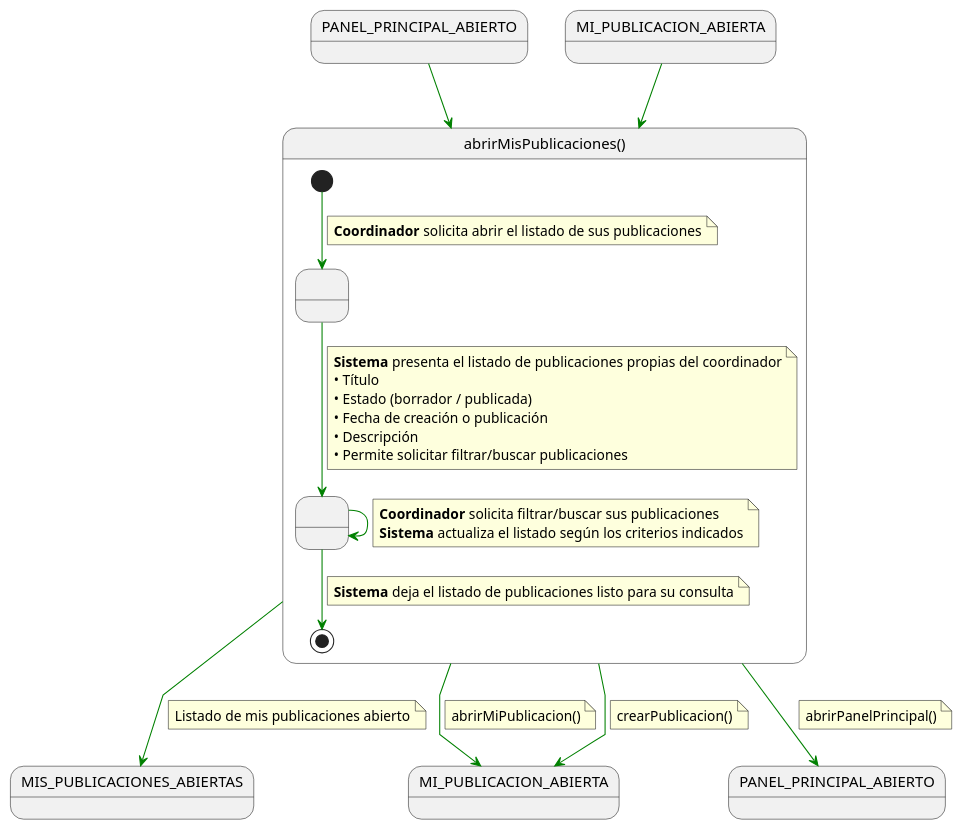
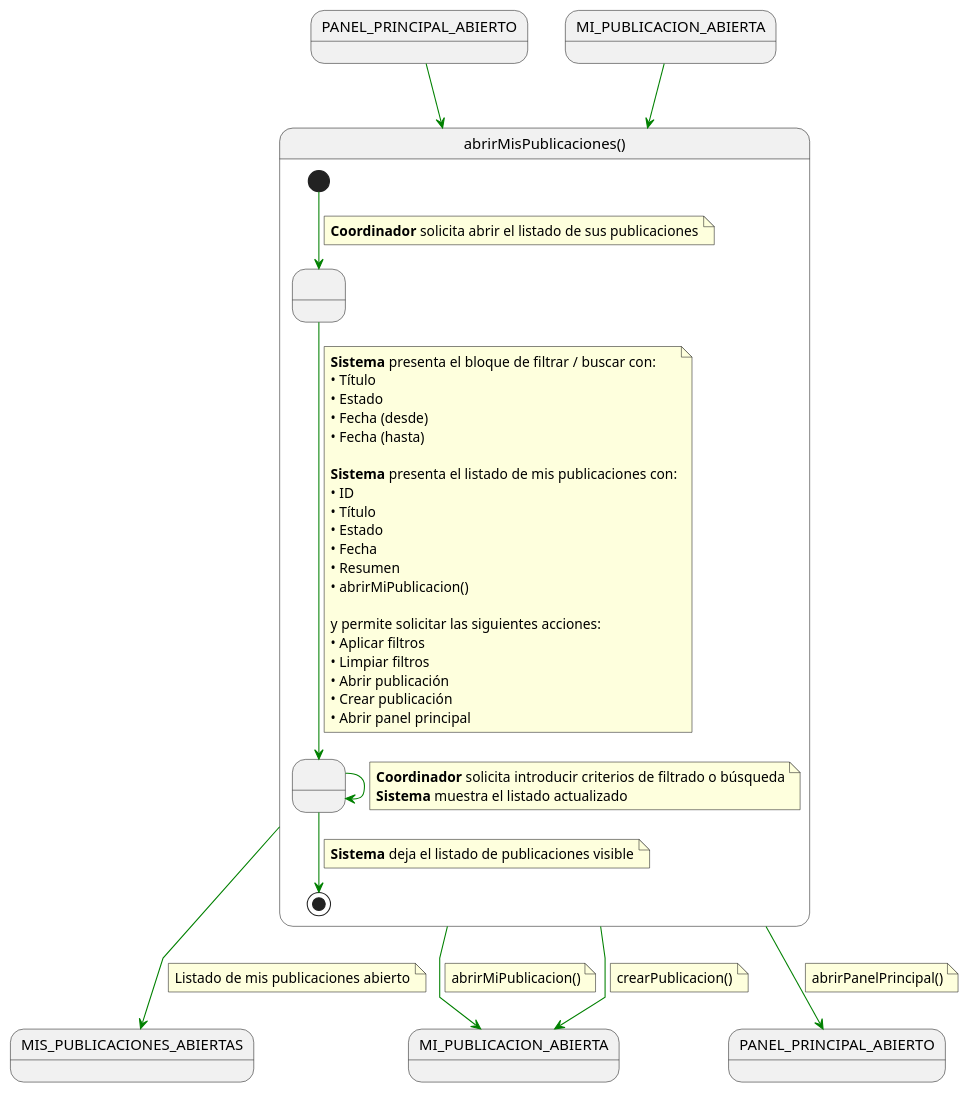
One commit to 31Diego/25-26-IdSw1-SdR changed the diagram in documents/casosDeUso/detalle/coordinador/08-mis-publicaciones/abrirMisPublicaciones/abrirMisPublicaciones.puml. Above: the diagram before and after it, drawn with PlantUML. The commit also changed 13 other files, not shown here.

Commit message:
Agrego las acciones del sistema detallados

```diff
--- a/documents/casosDeUso/detalle/coordinador/08-mis-publicaciones/abrirMisPublicaciones/abrirMisPublicaciones.puml
+++ b/documents/casosDeUso/detalle/coordinador/08-mis-publicaciones/abrirMisPublicaciones/abrirMisPublicaciones.puml
@@ -1,62 +1,76 @@
 @startuml abrirMisPublicaciones
 skinparam linetype polyline
 
 state in1 as "PANEL_PRINCIPAL_ABIERTO"
 in1 -[#green]-> abrirMisPublicaciones
 
 state in2 as "MI_PUBLICACION_ABIERTA"
 in2 -[#green]-> abrirMisPublicaciones
 
 state abrirMisPublicaciones as "abrirMisPublicaciones()" {
 
     state " " as MostrandoLista
     state " " as FiltrandoLista
 
     [*] -[#green]-> MostrandoLista
     note on link
     <b>Coordinador</b> solicita abrir el listado de sus publicaciones
     end note
 
     MostrandoLista -[#green]-> FiltrandoLista
     note on link
-    <b>Sistema</b> presenta el listado de publicaciones propias del coordinador
+    <b>Sistema</b> presenta el bloque de filtrar / buscar con:
     • Título
-    • Estado (borrador / publicada)
-    • Fecha de creación o publicación
-    • Descripción
-    • Permite solicitar filtrar/buscar publicaciones
+    • Estado
+    • Fecha (desde)
+    • Fecha (hasta)
+
+    <b>Sistema</b> presenta el listado de mis publicaciones con:
+    • ID
+    • Título
+    • Estado
+    • Fecha
+    • Resumen
+    • abrirMiPublicacion()
+
+    y permite solicitar las siguientes acciones:
+    • Aplicar filtros
+    • Limpiar filtros
+    • Abrir publicación
+    • Crear publicación
+    • Abrir panel principal
     end note
 
     FiltrandoLista -[#green]-> FiltrandoLista
     note on link
-    <b>Coordinador</b> solicita filtrar/buscar sus publicaciones
-    <b>Sistema</b> actualiza el listado según los criterios indicados
+    <b>Coordinador</b> solicita introducir criterios de filtrado o búsqueda
+    <b>Sistema</b> muestra el listado actualizado
     end note
 
     FiltrandoLista -[#green]-> [*]
     note on link
-    <b>Sistema</b> deja el listado de publicaciones listo para su consulta
+    <b>Sistema</b> deja el listado de publicaciones visible
     end note
 }
 
 abrirMisPublicaciones -[#green]-> MIS_PUBLICACIONES_ABIERTAS
 note on link
 Listado de mis publicaciones abierto
 end note
 
 abrirMisPublicaciones -[#green]-> MI_PUBLICACION_ABIERTA
 note on link
 abrirMiPublicacion()
 end note
 
 abrirMisPublicaciones -[#green]-> MI_PUBLICACION_ABIERTA
 note on link
 crearPublicacion()
 end note
 
 abrirMisPublicaciones -[#green]-> PANEL_PRINCIPAL_ABIERTO
 note on link
 abrirPanelPrincipal()
 end note
 
 @enduml
```
